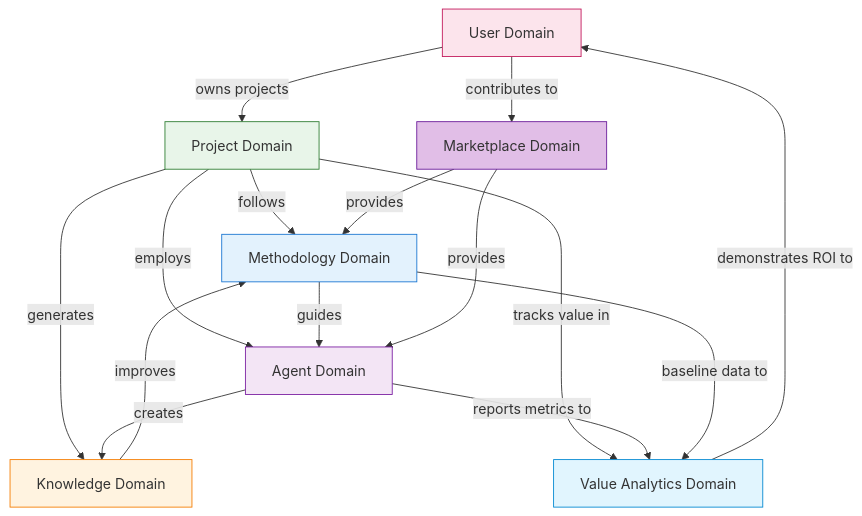
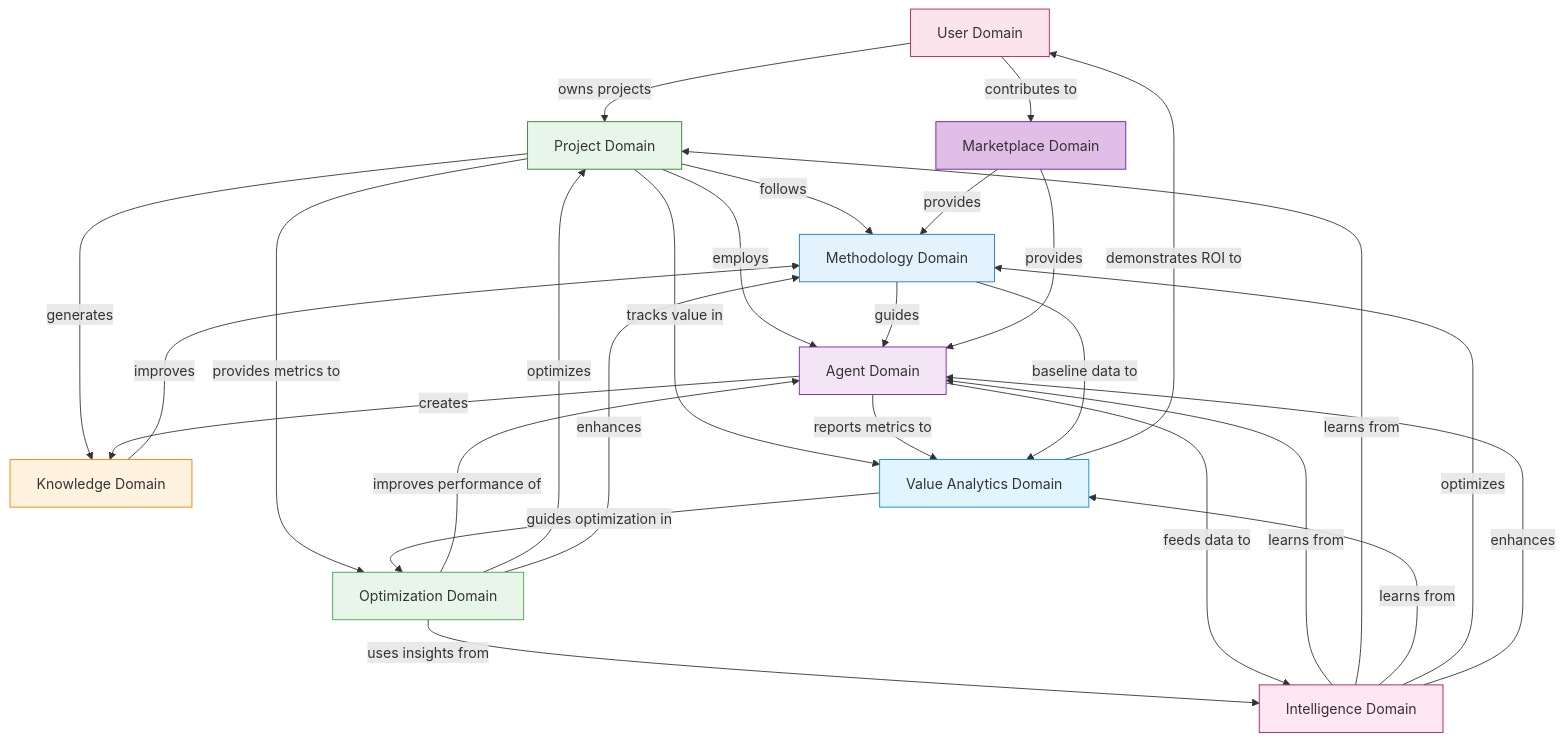
The first of 23 diagrams in docs/architecture/02-logical-architecture/Domains.md (sdh07/ClaudeProjects2), drawn with Mermaid before and after one commit. The commit also changed other lines of this file and 133 other files, not shown here.

First line of the commit message:
feat: Complete Architecture-Implementation Synchronization

````diff
--- a/docs/architecture/02-logical-architecture/Domains.md
+++ b/docs/architecture/02-logical-architecture/Domains.md
@@ -7,33 +7,49 @@
 ```mermaid
 graph TB
     USER[User Domain]
     PROJ[Project Domain]
     METH[Methodology Domain]
     AGENT[Agent Domain]
     KNOW[Knowledge Domain]
     MARKET[Marketplace Domain]
     VALUE[Value Analytics Domain]
+    INTEL[Intelligence Domain]
+    OPTIM[Optimization Domain]
     
     USER -->|owns projects| PROJ
     PROJ -->|follows| METH
     PROJ -->|employs| AGENT
     PROJ -->|generates| KNOW
     KNOW -->|improves| METH
     METH -->|guides| AGENT
     AGENT -->|creates| KNOW
     MARKET -->|provides| METH
     MARKET -->|provides| AGENT
     USER -->|contributes to| MARKET
     PROJ -->|tracks value in| VALUE
     VALUE -->|demonstrates ROI to| USER
     AGENT -->|reports metrics to| VALUE
     METH -->|baseline data to| VALUE
+    INTEL -->|learns from| AGENT
+    INTEL -->|learns from| PROJ
+    INTEL -->|learns from| VALUE
+    INTEL -->|optimizes| METH
+    INTEL -->|enhances| AGENT
+    OPTIM -->|improves performance of| AGENT
+    OPTIM -->|optimizes| PROJ
+    OPTIM -->|enhances| METH
+    OPTIM -->|uses insights from| INTEL
+    AGENT -->|feeds data to| INTEL
+    PROJ -->|provides metrics to| OPTIM
+    VALUE -->|guides optimization in| OPTIM
     
     style USER fill:#fce4ec,stroke:#c2185b
     style PROJ fill:#e8f5e9,stroke:#2e7d32
     style METH fill:#e3f2fd,stroke:#1976d2
     style AGENT fill:#f3e5f5,stroke:#7b1fa2
     style KNOW fill:#fff3e0,stroke:#f57c00
     style MARKET fill:#e1bee7,stroke:#6a1b9a
     style VALUE fill:#e1f5fe,stroke:#0288d1
+    style INTEL fill:#fde7f3,stroke:#ad1457
+    style OPTIM fill:#e8f5e9,stroke:#43a047
 ```
````
